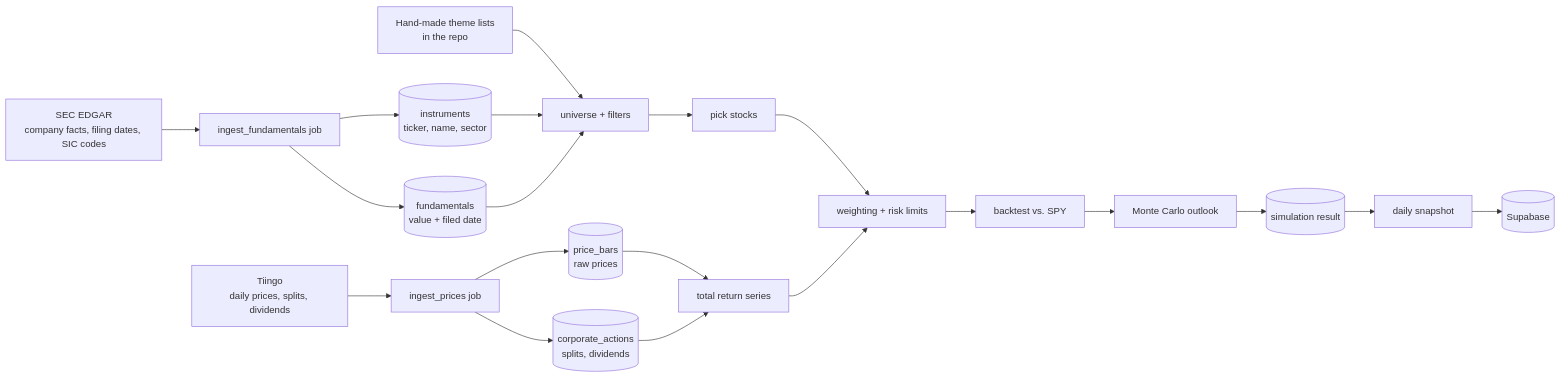
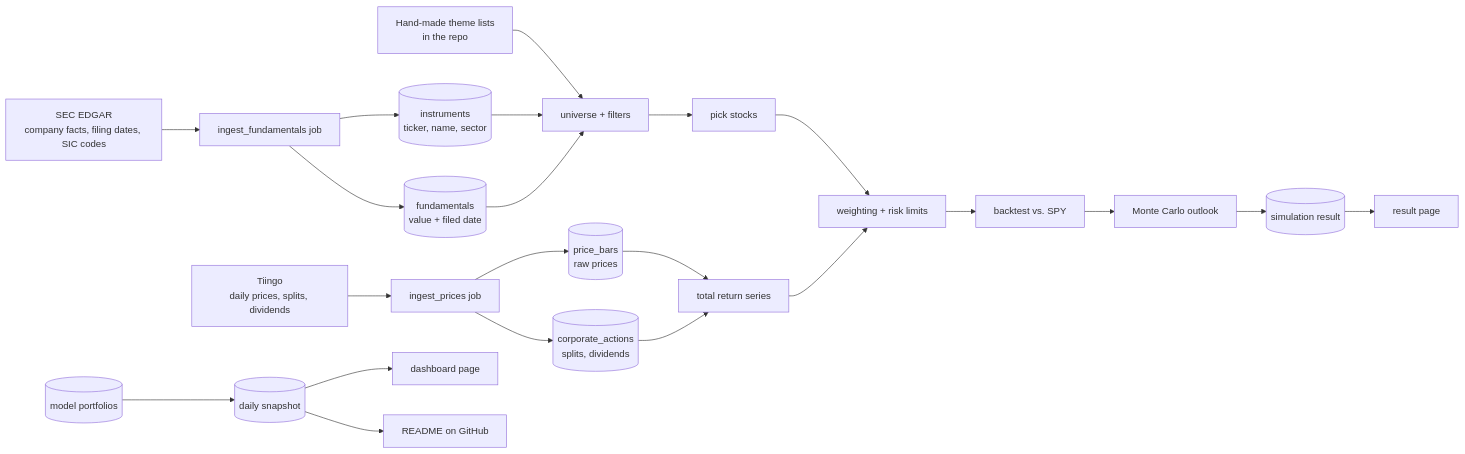
The third of 6 diagrams in docs/02-architecture.md (yashcontractor04/stock-simulator), drawn with Mermaid before and after one commit. The commit also changed other lines of this file and 6 other files, not shown here.

````diff
--- a/docs/02-architecture.md
+++ b/docs/02-architecture.md
@@ -150,21 +174,24 @@
 ```mermaid
 flowchart LR
   T[Tiingo<br/>daily prices, splits, dividends] --> IP[ingest_prices job]
   E[SEC EDGAR<br/>company facts, filing dates, SIC codes] --> IF[ingest_fundamentals job]
   TH[Hand-made theme lists<br/>in the repo] --> U
   IP --> PB[(price_bars<br/>raw prices)]
   IP --> CA[(corporate_actions<br/>splits, dividends)]
   IF --> F[(fundamentals<br/>value + filed date)]
   IF --> I[(instruments<br/>ticker, name, sector)]
   I --> U[universe + filters]
   F --> U
   U --> PICK[pick stocks]
   PB --> RET[total return series]
   CA --> RET
   PICK --> WGT[weighting + risk limits]
   RET --> WGT
   WGT --> BT[backtest vs. SPY]
   BT --> MC[Monte Carlo outlook]
   MC --> RES[(simulation result)]
-  RES --> SNAP[daily snapshot] --> SUPA[(Supabase)]
+  RES --> PAGE[result page]
+  MP[(model portfolios)] --> SNAP[(daily snapshot)]
+  SNAP --> DASH[dashboard page]
+  SNAP --> README[README on GitHub]
 ```
````
